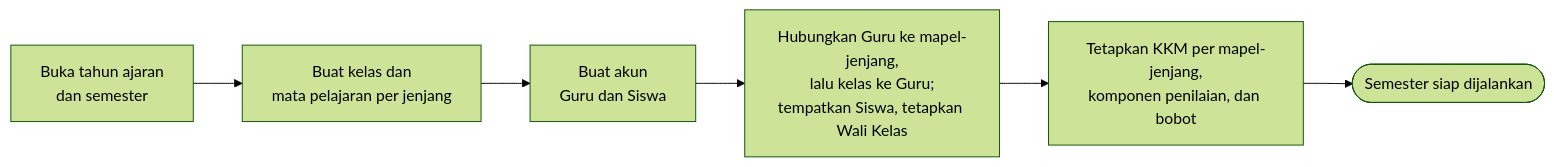
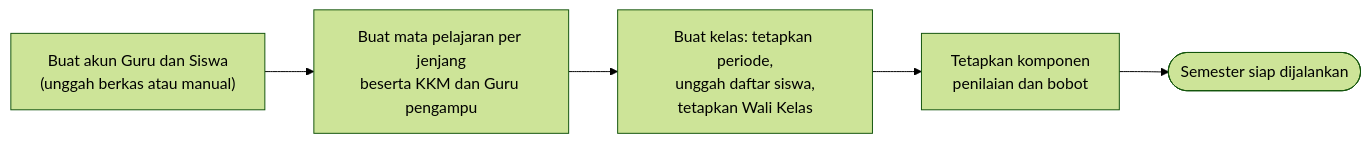
The first of 5 diagrams in PRD.md (Korean-Asean-Digital-Academy-Batch-4/Docs), drawn with Mermaid (forest theme) before and after one commit. The commit also changed other lines of this file, not shown here.

First line of the commit message:
docs(prd): rinci alur administrator dan tutup V7 (v2.4)

````diff
--- a/PRD.md
+++ b/PRD.md
@@ -172,10 +172,9 @@
 ```mermaid
 flowchart LR
-    A["Buka tahun ajaran<br/>dan semester"]
-    B["Buat kelas dan<br/>mata pelajaran per jenjang"]
-    C["Buat akun<br/>Guru dan Siswa"]
-    D["Hubungkan Guru ke mapel-jenjang,<br/>lalu kelas ke Guru;<br/>tempatkan Siswa, tetapkan Wali Kelas"]
-    E["Tetapkan KKM per mapel-jenjang,<br/>komponen penilaian, dan bobot"]
-    F(["Semester siap dijalankan"])
-    A --> B --> C --> D --> E --> F
+    A["Buat akun Guru dan Siswa<br/>(unggah berkas atau manual)"]
+    B["Buat mata pelajaran per jenjang<br/>beserta KKM dan Guru pengampu"]
+    C["Buat kelas: tetapkan periode,<br/>unggah daftar siswa,<br/>tetapkan Wali Kelas"]
+    D["Tetapkan komponen<br/>penilaian dan bobot"]
+    E(["Semester siap dijalankan"])
+    A --> B --> C --> D --> E
 ```
````
